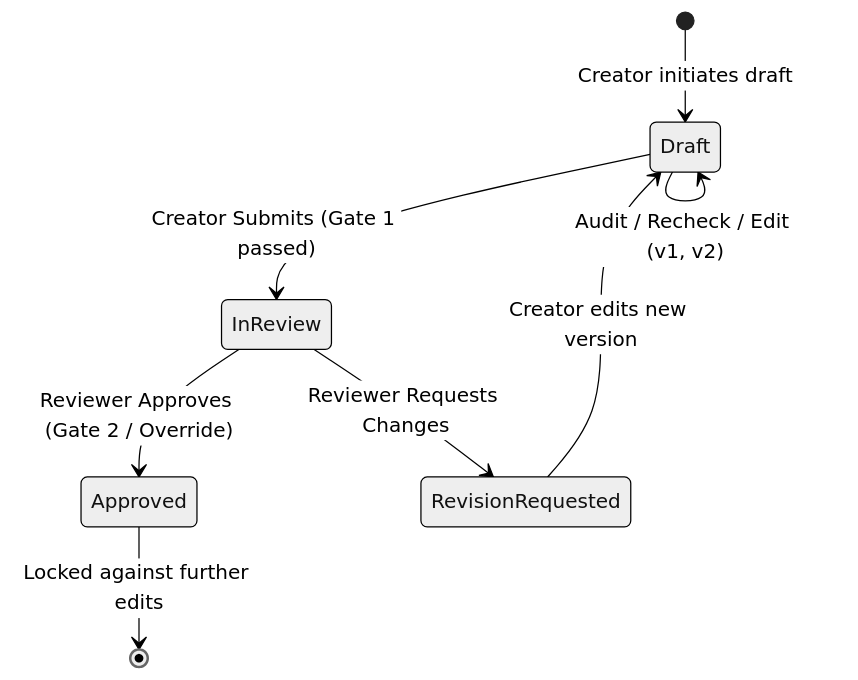
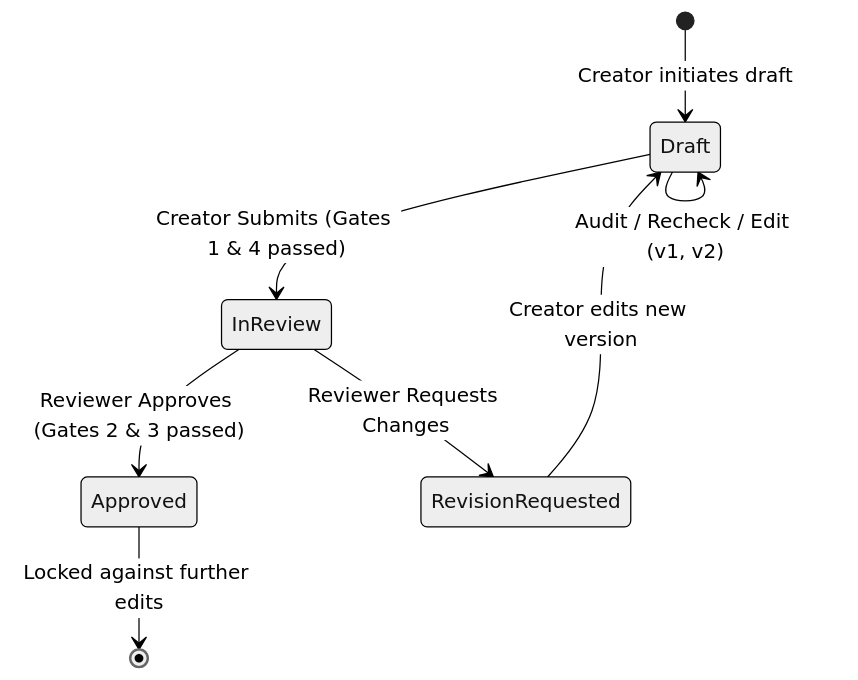
One commit to sagarkharbikar25/HACKSMITH- changed the second of 2 diagrams in AI_AGENT_README.md. Above: the diagram before and after it, drawn with Mermaid (neutral theme). The commit also changed other lines of this file, not shown here.

````diff
--- a/AI_AGENT_README.md
+++ b/AI_AGENT_README.md
@@ -330,10 +382,10 @@
 ```mermaid
 stateDiagram-v2
     [*] --> Draft : Creator initiates draft
     Draft --> Draft : Audit / Recheck / Edit (v1, v2)
-    Draft --> InReview : Creator Submits (Gate 1 passed)
-    InReview --> Approved : Reviewer Approves (Gate 2 / Override)
+    Draft --> InReview : Creator Submits (Gates 1 & 4 passed)
+    InReview --> Approved : Reviewer Approves (Gates 2 & 3 passed)
     InReview --> RevisionRequested : Reviewer Requests Changes
     RevisionRequested --> Draft : Creator edits new version
     Approved --> [*] : Locked against further edits
 ```
````
